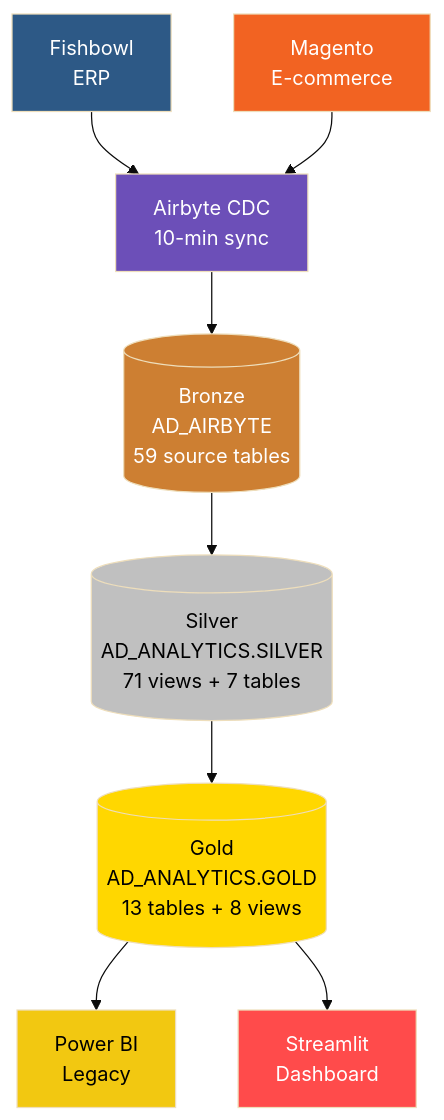
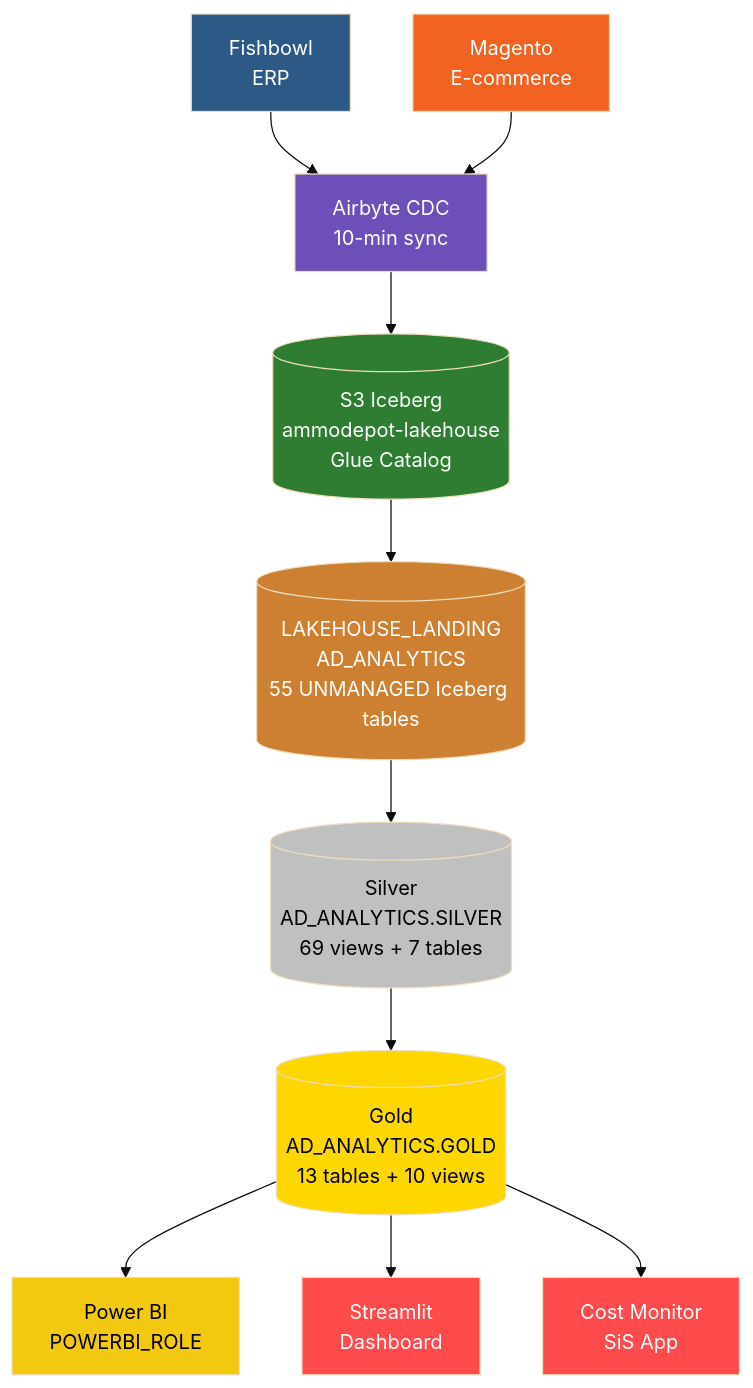
The first of 3 diagrams in README.md (trinityBI-HQ/dbt_ammodepot), drawn with Mermaid (base theme) before and after one commit. The commit also changed other lines of this file, not shown here.

First line of the commit message:
docs(readme): reflect Iceberg cutover — update architecture diagrams and content

````diff
--- a/README.md
+++ b/README.md
@@ -13,23 +13,28 @@
 ```mermaid
 flowchart TD
     FB[Fishbowl<br/>ERP] --> AC[Airbyte CDC<br/>10-min sync]
     MG[Magento<br/>E-commerce] --> AC
 
-    AC --> BR[(Bronze<br/>AD_AIRBYTE<br/>59 source tables)]
+    AC --> S3[(S3 Iceberg<br/>ammodepot-lakehouse<br/>Glue Catalog)]
 
-    BR --> SV[(Silver<br/>AD_ANALYTICS.SILVER<br/>71 views + 7 tables)]
+    S3 --> LL[(LAKEHOUSE_LANDING<br/>AD_ANALYTICS<br/>55 UNMANAGED Iceberg tables)]
 
-    SV --> GD[(Gold<br/>AD_ANALYTICS.GOLD<br/>13 tables + 8 views)]
+    LL --> SV[(Silver<br/>AD_ANALYTICS.SILVER<br/>69 views + 7 tables)]
 
-    GD --> PBI[Power BI<br/>Legacy]
+    SV --> GD[(Gold<br/>AD_ANALYTICS.GOLD<br/>13 tables + 10 views)]
+
+    GD --> PBI[Power BI<br/>POWERBI_ROLE]
     GD --> ST[Streamlit<br/>Dashboard]
+    GD --> CM[Cost Monitor<br/>SiS App]
 
-    style BR fill:#cd7f32,color:#fff
+    style S3 fill:#2e7d32,color:#fff
+    style LL fill:#cd7f32,color:#fff
     style SV fill:#c0c0c0,color:#000
     style GD fill:#ffd700,color:#000
     style FB fill:#2d5986,color:#fff
     style MG fill:#f26322,color:#fff
     style AC fill:#6c4fb8,color:#fff
     style PBI fill:#f2c811,color:#000
     style ST fill:#ff4b4b,color:#fff
+    style CM fill:#ff4b4b,color:#fff
 ```
````
